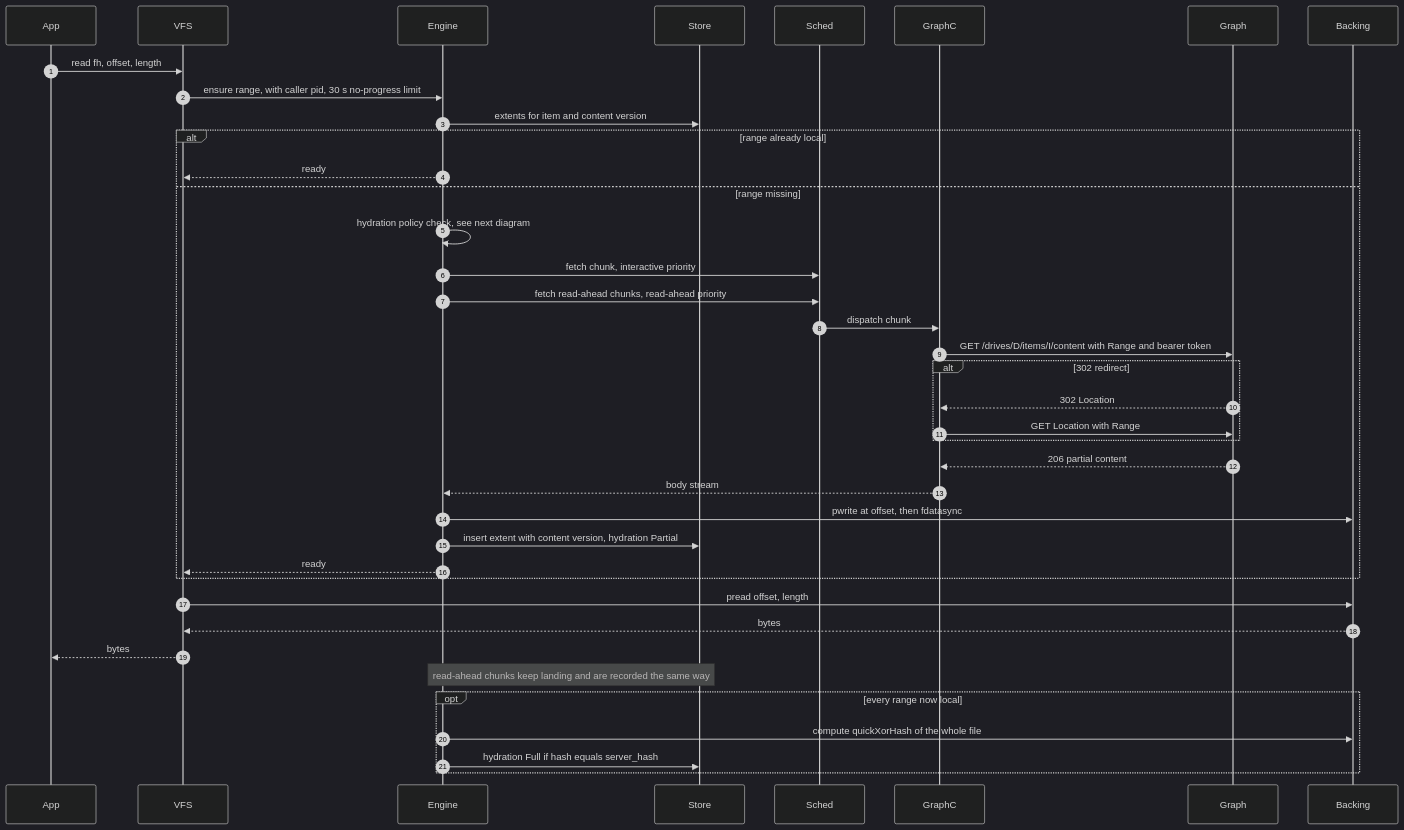
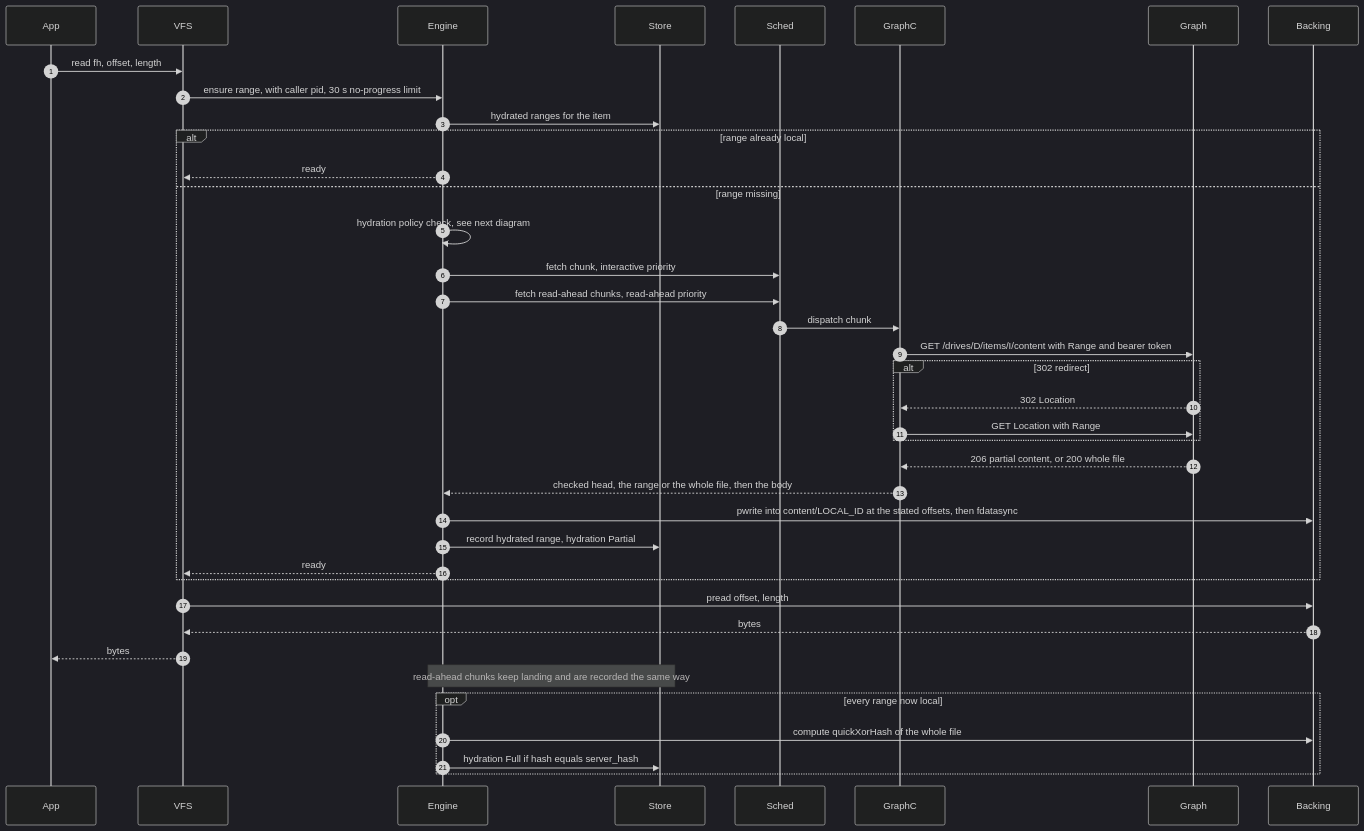
Before and after one commit to paulpitchford/my-drive: the first of 2 diagrams in docs/flows/F03-hydrate-on-read.md, drawn with Mermaid (dark theme). The commit also changed other lines of this file and 19 other files, not shown here.

First line of the commit message:
docs(flows): amend flows and journeys for the M1 decisions

````diff
--- a/docs/flows/F03-hydrate-on-read.md
+++ b/docs/flows/F03-hydrate-on-read.md
@@ -19,42 +21,42 @@
 ```mermaid
 sequenceDiagram
     autonumber
     participant App
     participant VFS
     participant Engine
     participant Store
     participant Sched
     participant GraphC
     participant Graph
     participant Backing
 
     App->>VFS: read fh, offset, length
     VFS->>Engine: ensure range, with caller pid, 30 s no-progress limit
-    Engine->>Store: extents for item and content version
+    Engine->>Store: hydrated ranges for the item
     alt range already local
         Engine-->>VFS: ready
     else range missing
         Engine->>Engine: hydration policy check, see next diagram
         Engine->>Sched: fetch chunk, interactive priority
         Engine->>Sched: fetch read-ahead chunks, read-ahead priority
         Sched->>GraphC: dispatch chunk
         GraphC->>Graph: GET /drives/D/items/I/content with Range and bearer token
         alt 302 redirect
             Graph-->>GraphC: 302 Location
             GraphC->>Graph: GET Location with Range
         end
-        Graph-->>GraphC: 206 partial content
-        GraphC-->>Engine: body stream
-        Engine->>Backing: pwrite at offset, then fdatasync
-        Engine->>Store: insert extent with content version, hydration Partial
+        Graph-->>GraphC: 206 partial content, or 200 whole file
+        GraphC-->>Engine: checked head, the range or the whole file, then the body
+        Engine->>Backing: pwrite into content/LOCAL_ID at the stated offsets, then fdatasync
+        Engine->>Store: record hydrated range, hydration Partial
         Engine-->>VFS: ready
     end
     VFS->>Backing: pread offset, length
     Backing-->>VFS: bytes
     VFS-->>App: bytes
     Note over Engine,Store: read-ahead chunks keep landing and are recorded the same way
     opt every range now local
         Engine->>Backing: compute quickXorHash of the whole file
         Engine->>Store: hydration Full if hash equals server_hash
     end
 ```
````
